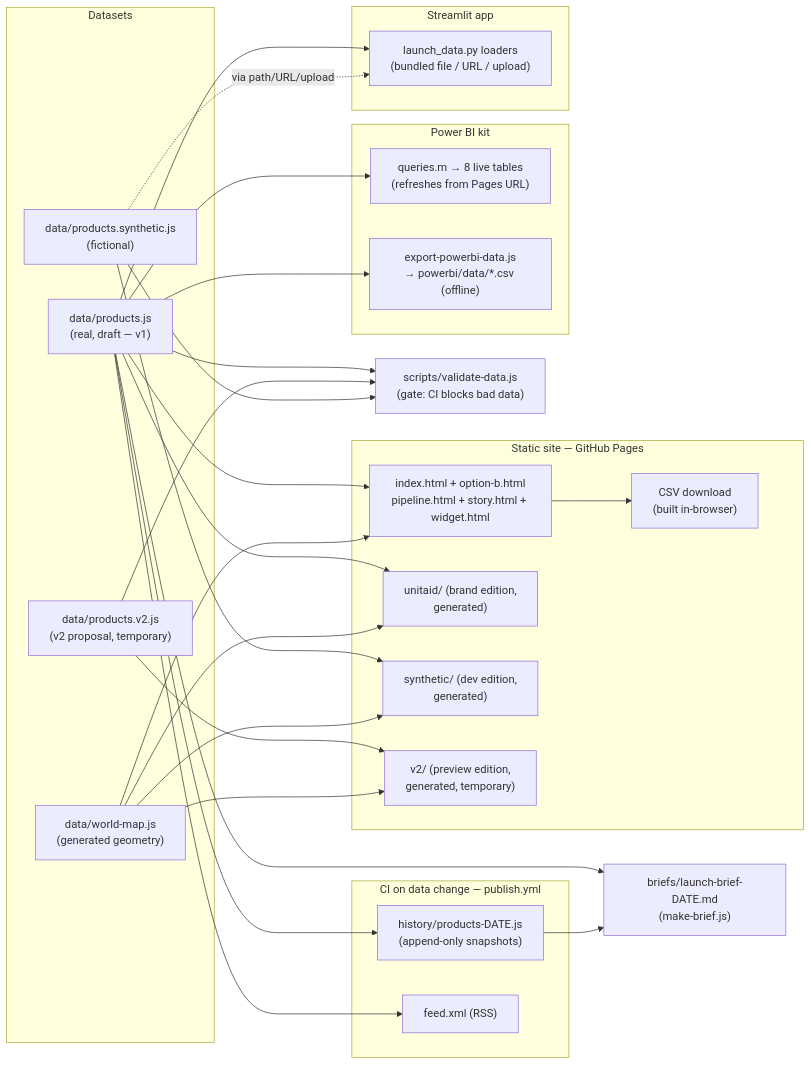
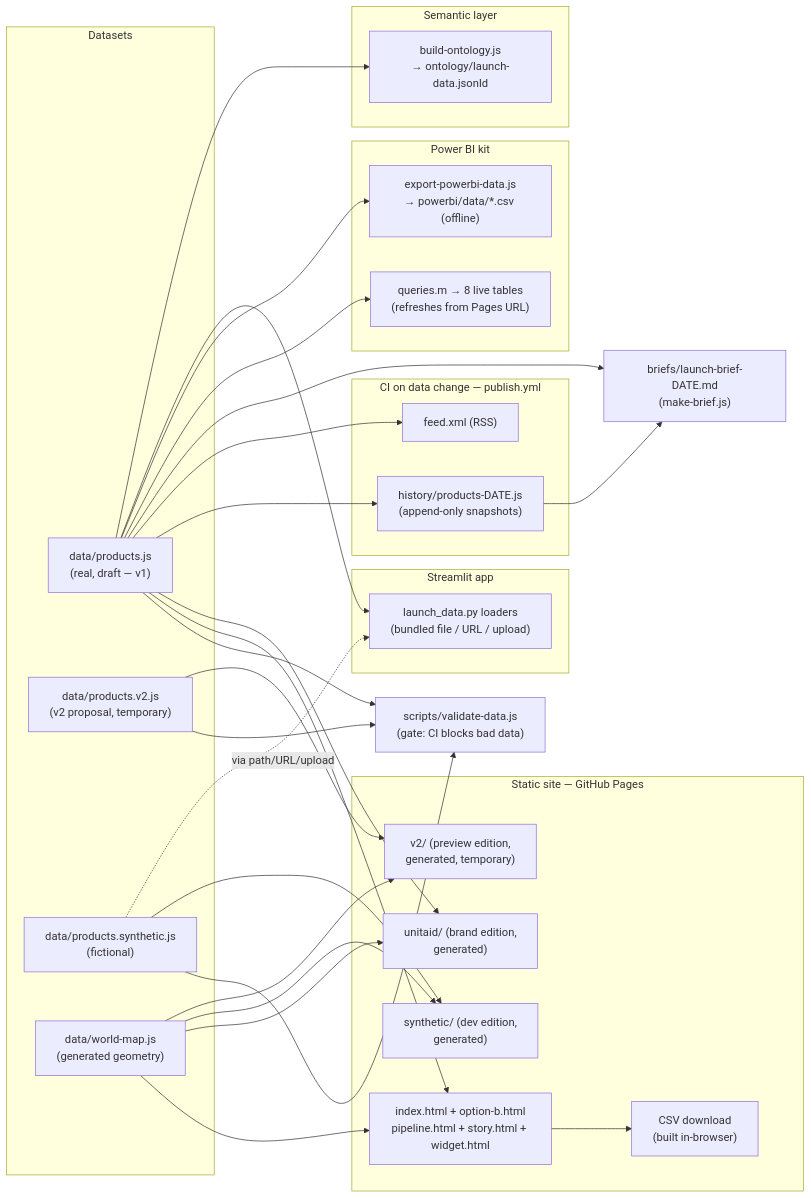
One commit to kochrisdev/launch-transparency-dashboard changed the second of 2 diagrams in docs/data-model.md. Above: the diagram before and after it, drawn with Mermaid. The commit also changed other lines of this file and 9 other files, not shown here.

First line of the commit message:
Add the OWL/SKOS ontology and JSON-LD linked-data export

````diff
--- a/docs/data-model.md
+++ b/docs/data-model.md
@@ -148,55 +149,60 @@
 ```mermaid
 flowchart LR
     subgraph sources [Datasets]
         REAL["data/products.js<br/>(real, draft — v1)"]
         V2D["data/products.v2.js<br/>(v2 proposal, temporary)"]
         SYN["data/products.synthetic.js<br/>(fictional)"]
         MAP["data/world-map.js<br/>(generated geometry)"]
     end
 
     V["scripts/validate-data.js<br/>(gate: CI blocks bad data)"]
     REAL --> V
     V2D --> V
     SYN --> V
 
     subgraph static [Static site — GitHub Pages]
         A["index.html + option-b.html<br/>pipeline.html + story.html + widget.html"]
         U["unitaid/ (brand edition,<br/>generated)"]
         S["synthetic/ (dev edition,<br/>generated)"]
         V2E["v2/ (preview edition,<br/>generated, temporary)"]
         CSVDL["CSV download<br/>(built in-browser)"]
     end
     REAL --> A
     REAL --> U
     SYN --> S
     V2D --> V2E
     MAP --> A
     MAP --> U
     MAP --> S
     MAP --> V2E
     A --> CSVDL
 
     subgraph ci [CI on data change — publish.yml]
         H["history/products-DATE.js<br/>(append-only snapshots)"]
         F["feed.xml (RSS)"]
     end
     REAL --> H
     REAL --> F
 
     B["briefs/launch-brief-DATE.md<br/>(make-brief.js)"]
     REAL --> B
     H --> B
 
     subgraph pbi [Power BI kit]
         Q["queries.m → 8 live tables<br/>(refreshes from Pages URL)"]
         E["export-powerbi-data.js<br/>→ powerbi/data/*.csv (offline)"]
     end
     REAL --> Q
     REAL --> E
 
     subgraph st [Streamlit app]
         L["launch_data.py loaders<br/>(bundled file / URL / upload)"]
     end
     REAL --> L
     SYN -. "via path/URL/upload" .-> L
+
+    subgraph sem [Semantic layer]
+        O["build-ontology.js<br/>→ ontology/launch-data.jsonld"]
+    end
+    REAL --> O
 ```
````
